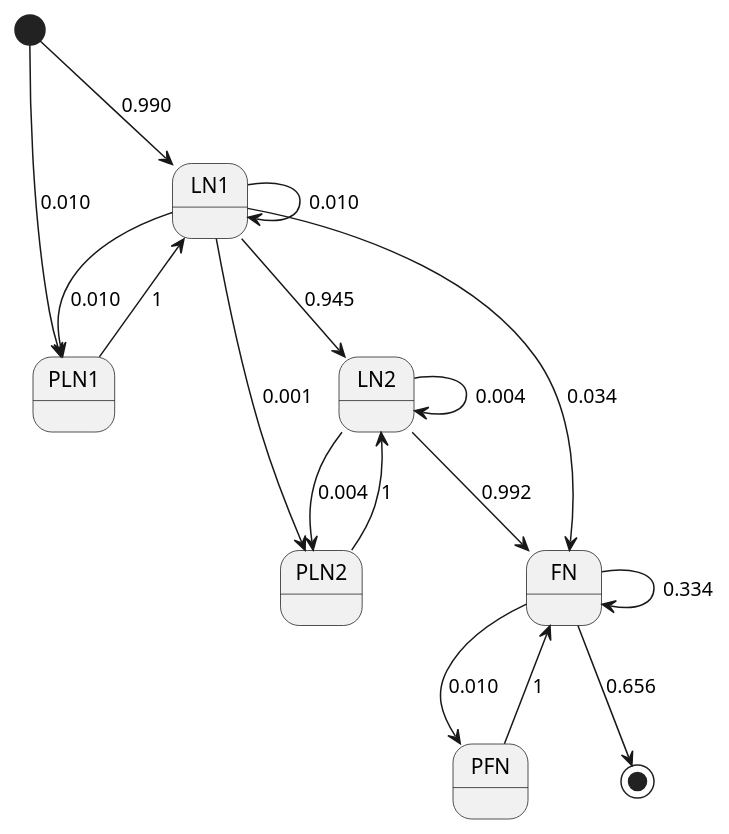
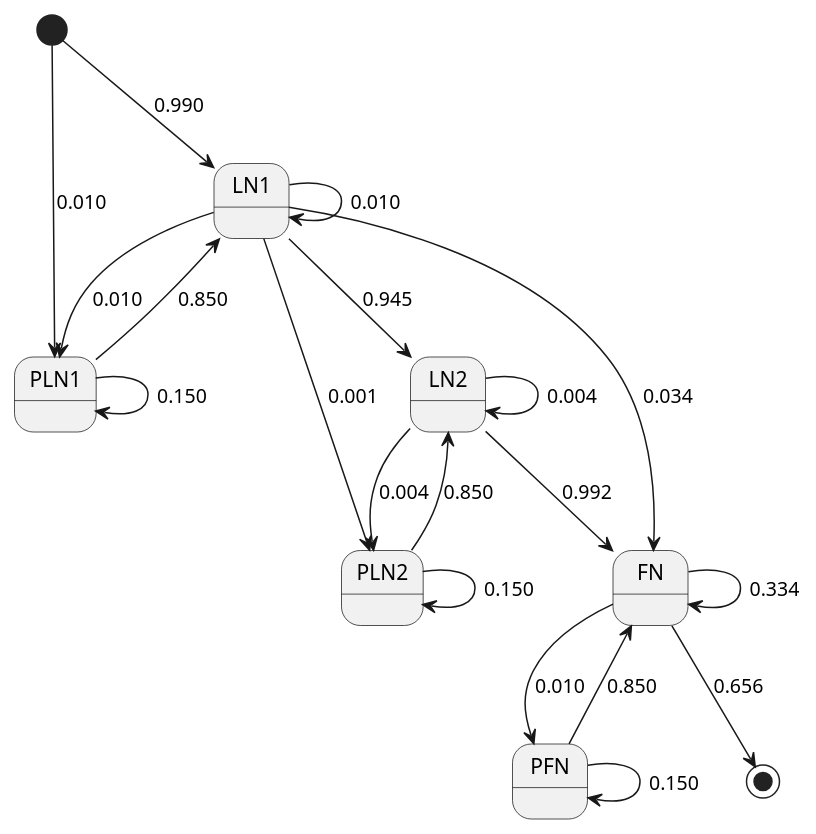
One commit to lla11358/hmm-name-parser changed the diagram in doc/state_diagram_ln_fn.puml. Above: the diagram before and after it, drawn with PlantUML. The commit also changed 21 other files, not shown here.

```diff
--- a/doc/state_diagram_ln_fn.puml
+++ b/doc/state_diagram_ln_fn.puml
@@ -1,20 +1,23 @@
 @startuml Name Parser State Diagram - Last name 1 first
 
 [*] --> LN1: 0.990
 [*] --> PLN1: 0.010
 LN1 --> LN1: 0.010
 LN1 --> PLN1: 0.010
 LN1 --> LN2: 0.945
 LN1 --> PLN2: 0.001
 LN1 --> FN: 0.034
-PLN1 --> LN1: 1
+PLN1 --> PLN1: 0.150
+PLN1 --> LN1: 0.850
 LN2 --> LN2: 0.004
 LN2 --> PLN2: 0.004
 LN2 --> FN: 0.992
-PLN2 --> LN2: 1
+PLN2 --> PLN2: 0.150
+PLN2 --> LN2: 0.850
 FN --> FN: 0.334
 FN --> PFN: 0.010
 FN --> [*]: 0.656
-PFN --> FN: 1
+PFN --> PFN: 0.150
+PFN --> FN: 0.850
 
 @enduml
```
